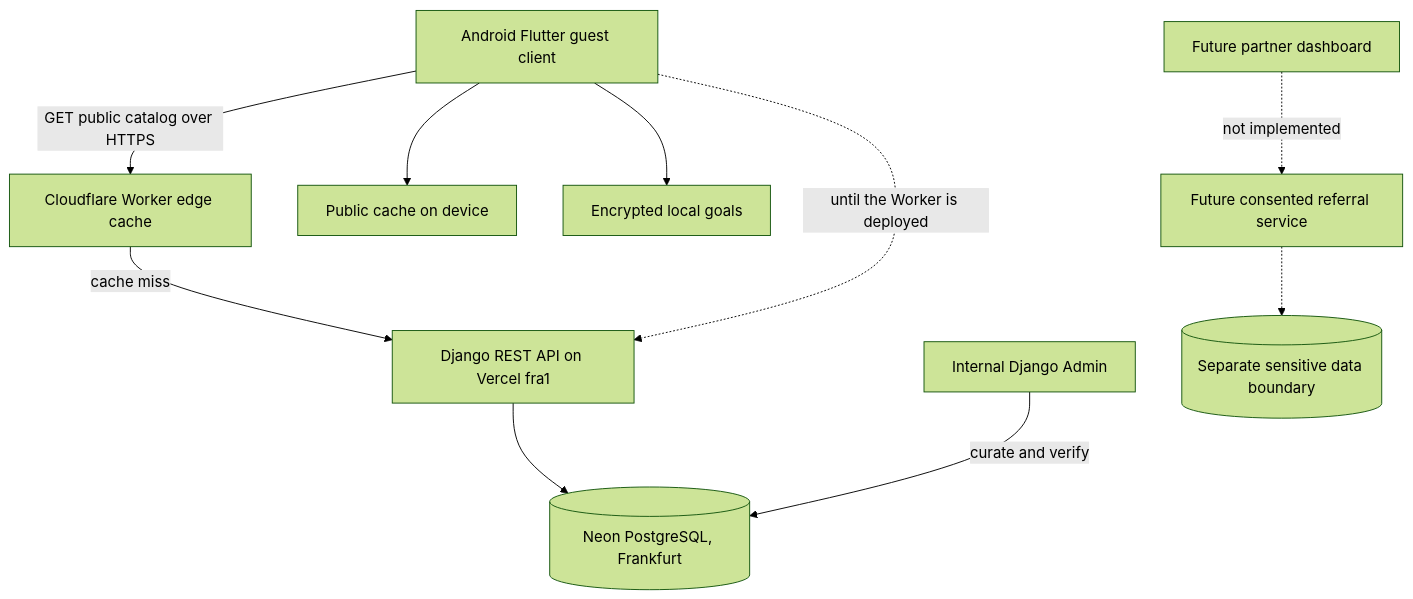
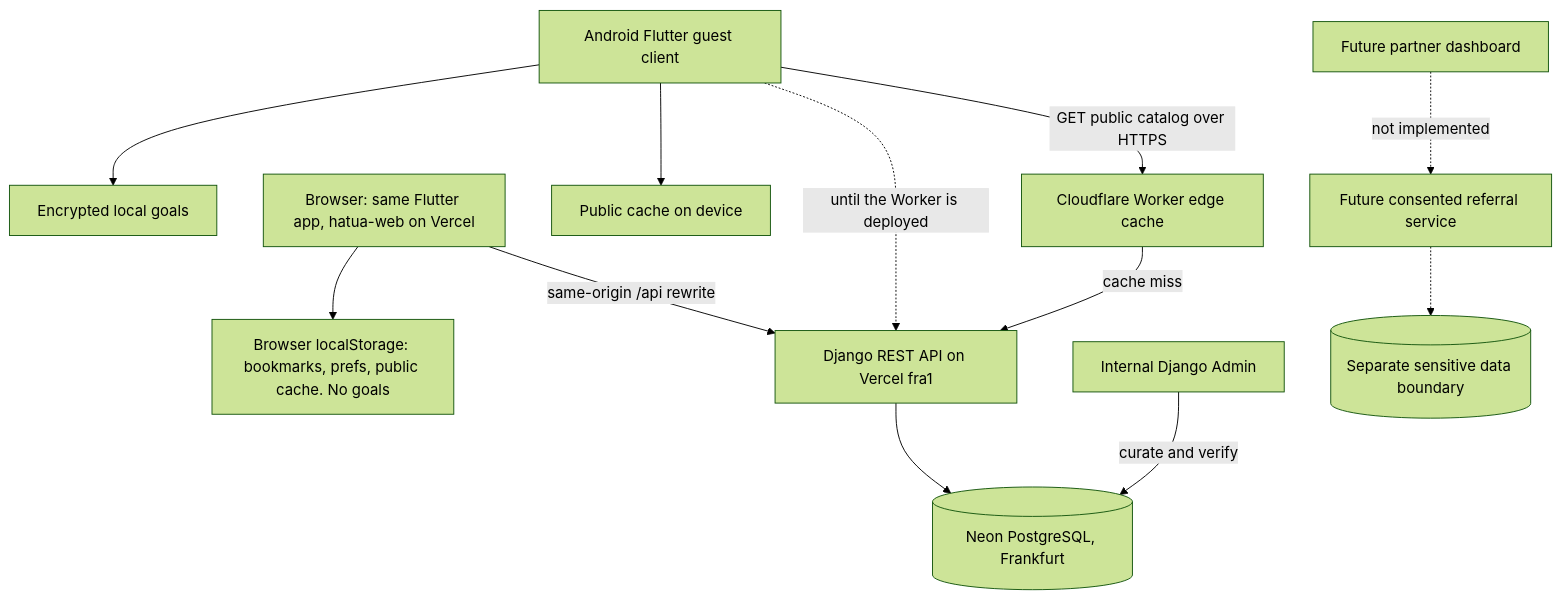
One commit to MadScie254/hatua changed the diagram in docs/ARCHITECTURE.md. Above: the diagram before and after it, drawn with Mermaid (forest theme). The commit also changed other lines of this file and 8 other files, not shown here.

First line of the commit message:
docs+ci: web app runbook, privacy notes, decisions; CI builds the web app

````diff
--- a/docs/ARCHITECTURE.md
+++ b/docs/ARCHITECTURE.md
@@ -3,12 +3,14 @@
 ```mermaid
 flowchart TD
   A[Android Flutter guest client] -->|GET public catalog over HTTPS| W[Cloudflare Worker edge cache]
+  WB[Browser: same Flutter app, hatua-web on Vercel] -->|same-origin /api rewrite| B
+  WB --> WS[Browser localStorage: bookmarks, prefs, public cache. No goals]
   W -->|cache miss| B[Django REST API on Vercel fra1]
   A -.->|until the Worker is deployed| B
   B --> C[(Neon PostgreSQL, Frankfurt)]
   D[Internal Django Admin] -->|curate and verify| C
   A --> E[Public cache on device]
   A --> F[Encrypted local goals]
   H[Future partner dashboard] -.->|not implemented| G[Future consented referral service]
   G -.-> I[(Separate sensitive data boundary)]
 ```
````
